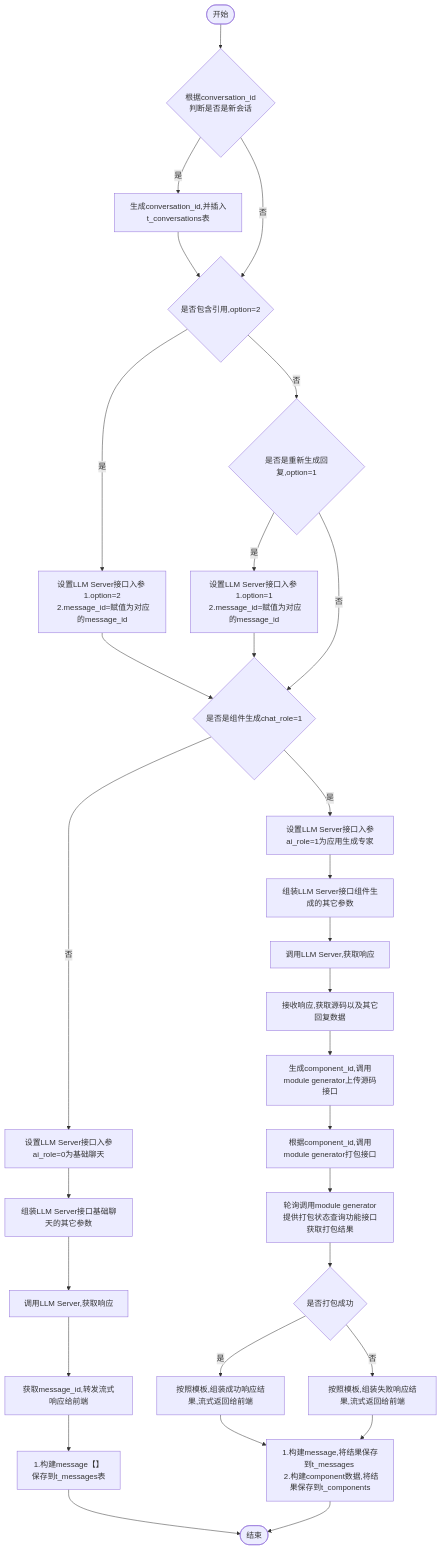
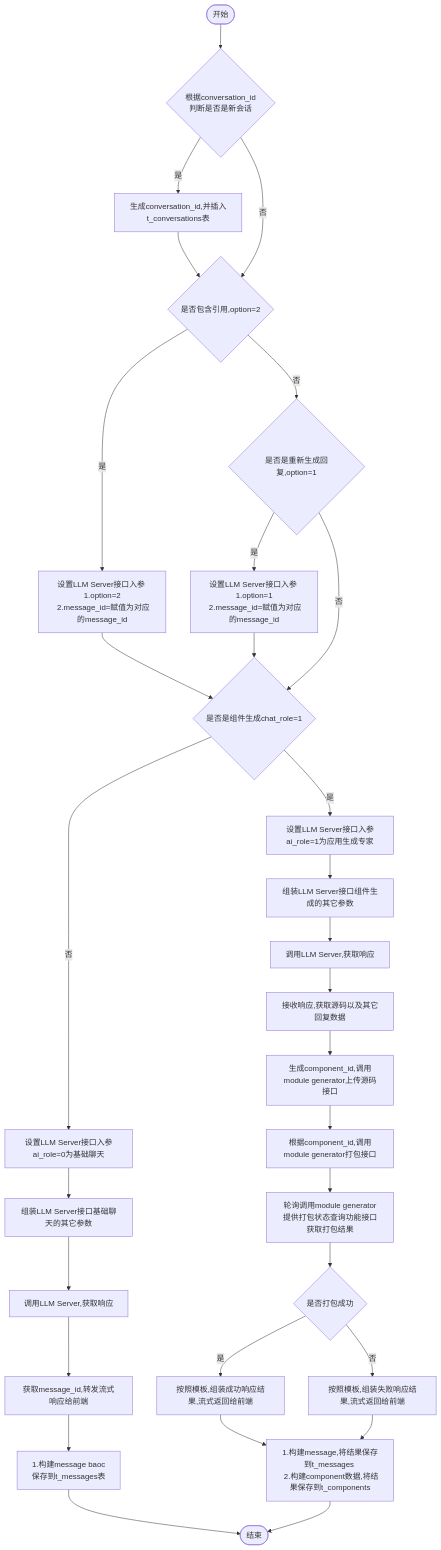
The diagram in all/w3-会话-不需要传递message.md (yingjianzh/iodraw-files), drawn with Mermaid before and after one commit.

Commit message:
2024-10-14 14:03:34 update

````diff
--- a/all/w3-会话-不需要传递message.md
+++ b/all/w3-会话-不需要传递message.md
@@ -1,36 +1,36 @@
 ```mermaid
 flowchart TD
     A([开始]) --> B{根据conversation_id \n 判断是否是新会话}
     B -- 是 --> C[生成conversation_id,并插入t_conversations表]
     C --> D
     B -- 否 --> D{是否包含引用,option=2}
     D -- 是 --> E[设置LLM Server接口入参 \n 1.option=2 \n 2.message_id=赋值为对应的message_id]
     D -- 否 --> F{是否是重新生成回复,option=1}
     F -- 是 --> G[设置LLM Server接口入参 \n 1.option=1 \n 2.message_id=赋值为对应的message_id]
     F -- 否 --> I
      
     E & G --> I{是否是组件生成chat_role=1}
     I -- 否 --> K[设置LLM Server接口入参ai_role=0为基础聊天]
     I -- 是 --> J[设置LLM Server接口入参ai_role=1为应用生成专家]
     
 
     J --> L[组装LLM Server接口组件生成的其它参数]    
     K --> M[组装LLM Server接口基础聊天的其它参数]    
     M --> N[调用LLM Server,获取响应]    
     N --> O[获取message_id,转发流式响应给前端]
-    O --> P[1.构建message【】 \n 保存到t_messages表]
+    O --> P[1.构建message baoc  \n 保存到t_messages表]
     P --> R([结束])
 
 
     L --> S[调用LLM Server,获取响应]
     S --> T[接收响应,获取源码以及其它回复数据]
     T --> U[生成component_id,调用module generator上传源码接口]
     U --> V[根据component_id,调用module generator打包接口]
     V --> W[轮询调用module generator提供打包状态查询功能接口获取打包结果]
     W --> X{是否打包成功}
     X -- 是 --> Y[按照模板,组装成功响应结果,流式返回给前端]
     X -- 否 --> Z[按照模板,组装失败响应结果,流式返回给前端]
 
     Y & Z --> Result[1.构建message,将结果保存到t_messages \n 2.构建component数据,将结果保存到t_components]
     Result --> R
 ```
````
